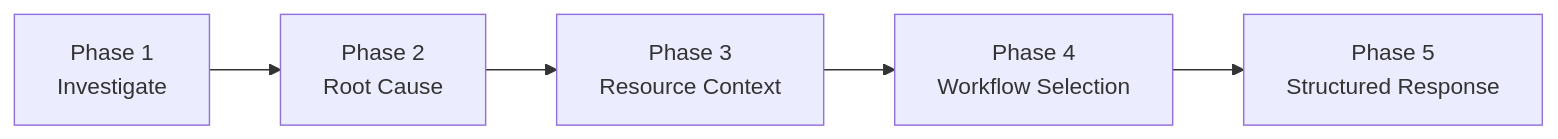
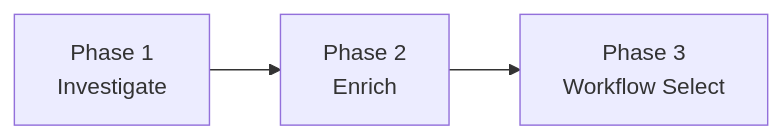
One commit to jordigilh/kubernaut-docs changed the first of 3 diagrams in docs/architecture/hapi-investigation.md. Above: the diagram before and after it, drawn with Mermaid. The commit also changed other lines of this file and 3 other files, not shown here.

````diff
--- a/docs/architecture/hapi-investigation.md
+++ b/docs/architecture/hapi-investigation.md
@@ -44,7 +44,5 @@
 ```mermaid
 flowchart LR
-    P1["Phase 1<br/>Investigate"] --> P2["Phase 2<br/>Root Cause"]
-    P2 --> P3["Phase 3<br/>Resource Context"]
-    P3 --> P4["Phase 4<br/>Workflow Selection"]
-    P4 --> P5["Phase 5<br/>Structured Response"]
+    P1["Phase 1<br/>Investigate"] --> P2["Phase 2<br/>Enrich"]
+    P2 --> P3["Phase 3<br/>Workflow Select"]
 ```
````
